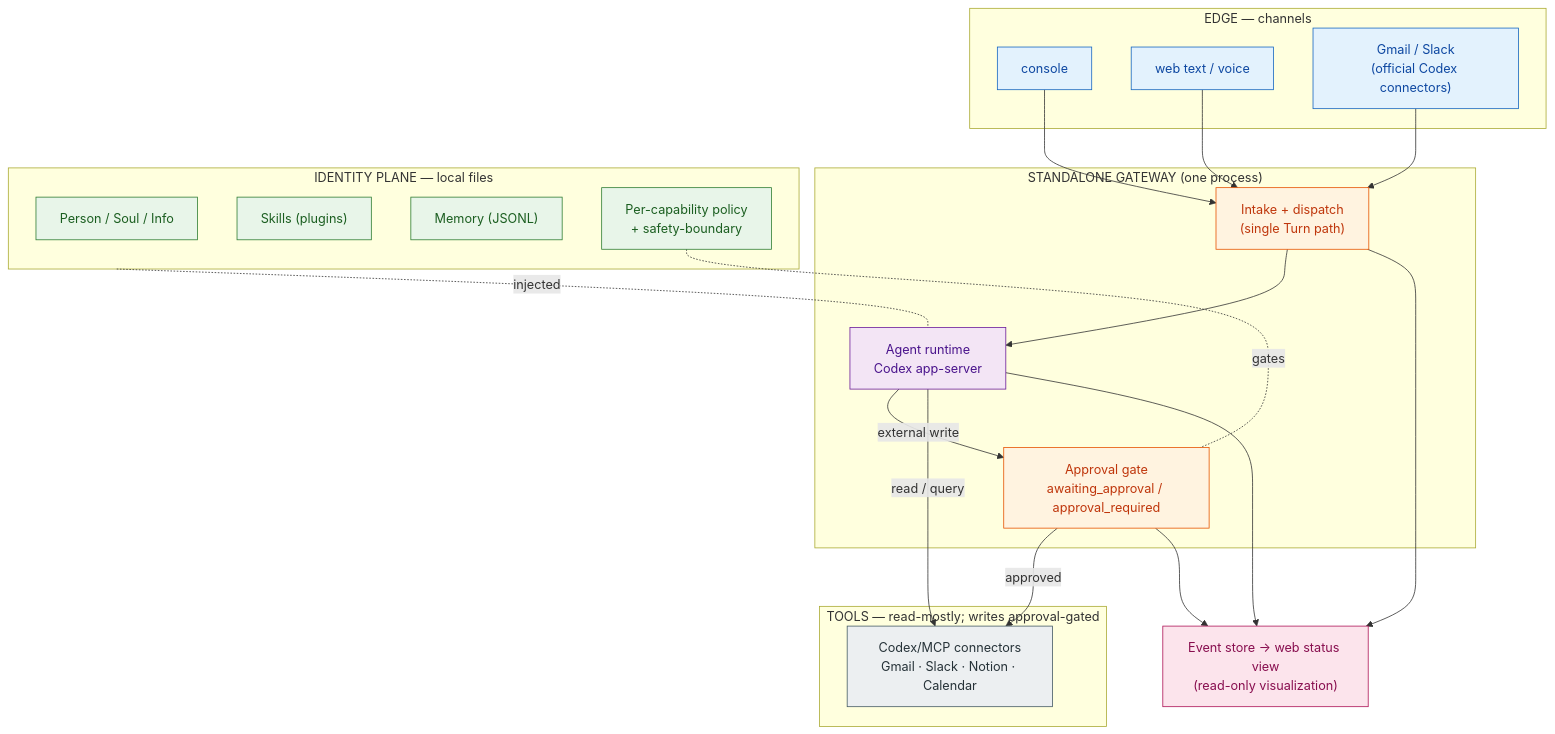
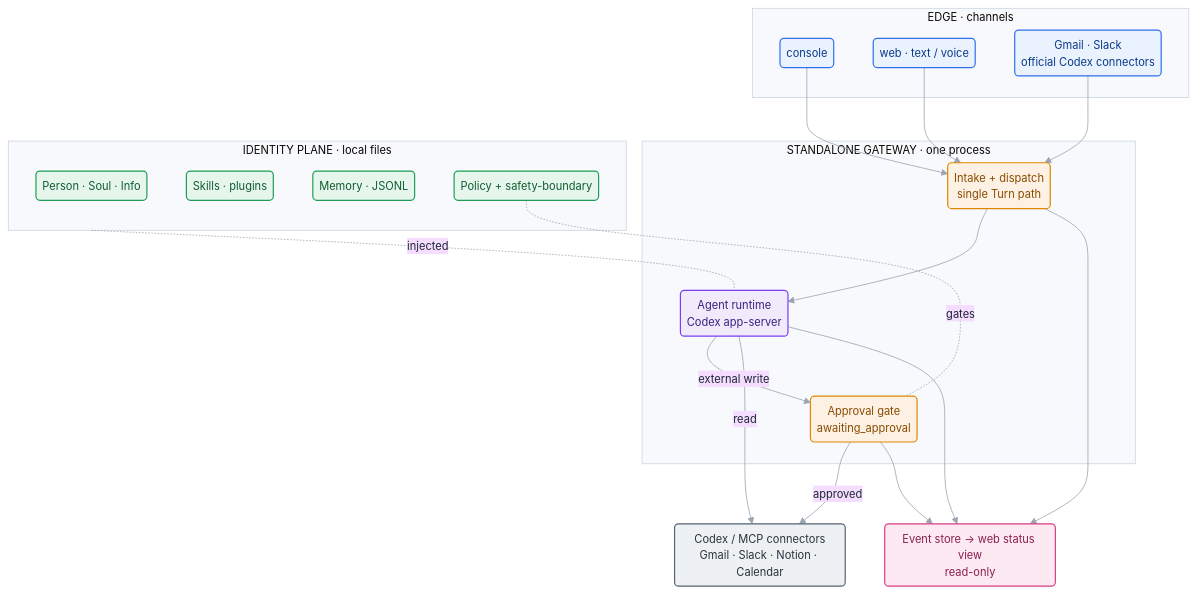
The first of 3 diagrams in docs/roadmap.md (vic4code/digital-colleague-prototype), drawn with Mermaid before and after one commit. The commit also changed other lines of this file and 1 other file, not shown here.

First line of the commit message:
docs: restyle roadmap and governance diagrams with a cohesive theme

````diff
--- a/docs/roadmap.md
+++ b/docs/roadmap.md
@@ -62,41 +62,39 @@
 ```mermaid
+%%{init: {'theme':'base','themeVariables':{'fontFamily':'ui-sans-serif, Segoe UI, Roboto, Helvetica, Arial','fontSize':'14px','lineColor':'#9aa4b2','primaryTextColor':'#1f2733','clusterBkg':'#f7f9fc','clusterBorder':'#cdd5e0'},'flowchart':{'curve':'basis','nodeSpacing':50,'rankSpacing':55,'padding':8}}}%%
 flowchart TB
-    subgraph Edge["EDGE — channels"]
-        C1["console"]:::edge
-        C2["web text / voice"]:::edge
-        C3["Gmail / Slack<br/>(official Codex connectors)"]:::edge
+    subgraph Edge["EDGE · channels"]
+        C1("console"):::edge
+        C2("web · text / voice"):::edge
+        C3("Gmail · Slack<br/>official Codex connectors"):::edge
     end
 
-    subgraph GW["STANDALONE GATEWAY (one process)"]
-        IN["Intake + dispatch<br/>(single Turn path)"]:::ctl
-        AP["Approval gate<br/>awaiting_approval / approval_required"]:::ctl
-        RT["Agent runtime<br/>Codex app-server"]:::exec
+    subgraph GW["STANDALONE GATEWAY · one process"]
+        IN("Intake + dispatch<br/>single Turn path"):::ctl
+        AP("Approval gate<br/>awaiting_approval"):::ctl
+        RT("Agent runtime<br/>Codex app-server"):::exec
     end
 
-    subgraph ID["IDENTITY PLANE — local files"]
-        P["Person / Soul / Info"]:::id
-        SK["Skills (plugins)"]:::id
-        MEM["Memory (JSONL)"]:::id
-        POL["Per-capability policy<br/>+ safety-boundary"]:::id
+    subgraph ID["IDENTITY PLANE · local files"]
+        P("Person · Soul · Info"):::id
+        SK("Skills · plugins"):::id
+        MEM("Memory · JSONL"):::id
+        POL("Policy + safety-boundary"):::id
     end
 
-    subgraph TOOLS["TOOLS — read-mostly; writes approval-gated"]
-        MCP["Codex/MCP connectors<br/>Gmail · Slack · Notion · Calendar"]:::tool
-    end
-
-    EV["Event store → web status view<br/>(read-only visualization)"]:::view
+    MCP("Codex / MCP connectors<br/>Gmail · Slack · Notion · Calendar"):::tool
+    EV("Event store → web status view<br/>read-only"):::view
 
     C1 & C2 & C3 --> IN --> RT
     RT -->|external write| AP -->|approved| MCP
-    RT -->|read / query| MCP
+    RT -->|read| MCP
     ID -. injected .- RT
     POL -. gates .- AP
     IN & AP & RT --> EV
 
-    classDef edge fill:#e3f2fd,stroke:#1565c0,color:#0d47a1;
-    classDef ctl fill:#fff3e0,stroke:#e65100,color:#bf360c;
-    classDef exec fill:#f3e5f5,stroke:#6a1b9a,color:#4a148c;
-    classDef id fill:#e8f5e9,stroke:#2e7d32,color:#1b5e20;
-    classDef tool fill:#eceff1,stroke:#455a64,color:#263238;
-    classDef view fill:#fce4ec,stroke:#ad1457,color:#880e4f;
+    classDef edge fill:#eaf2fd,stroke:#2f6fed,stroke-width:1.5px,color:#0b3b8c;
+    classDef ctl fill:#fdf1e3,stroke:#e08600,stroke-width:1.5px,color:#8a4b00;
+    classDef exec fill:#f1eafb,stroke:#7a3ff2,stroke-width:1.5px,color:#3d1f80;
+    classDef id fill:#e7f6ec,stroke:#1f9d57,stroke-width:1.5px,color:#0f5c31;
+    classDef tool fill:#eef1f4,stroke:#556270,stroke-width:1.5px,color:#2b333d;
+    classDef view fill:#fce9f1,stroke:#d93b84,stroke-width:1.5px,color:#8a1f52;
 ```
````
